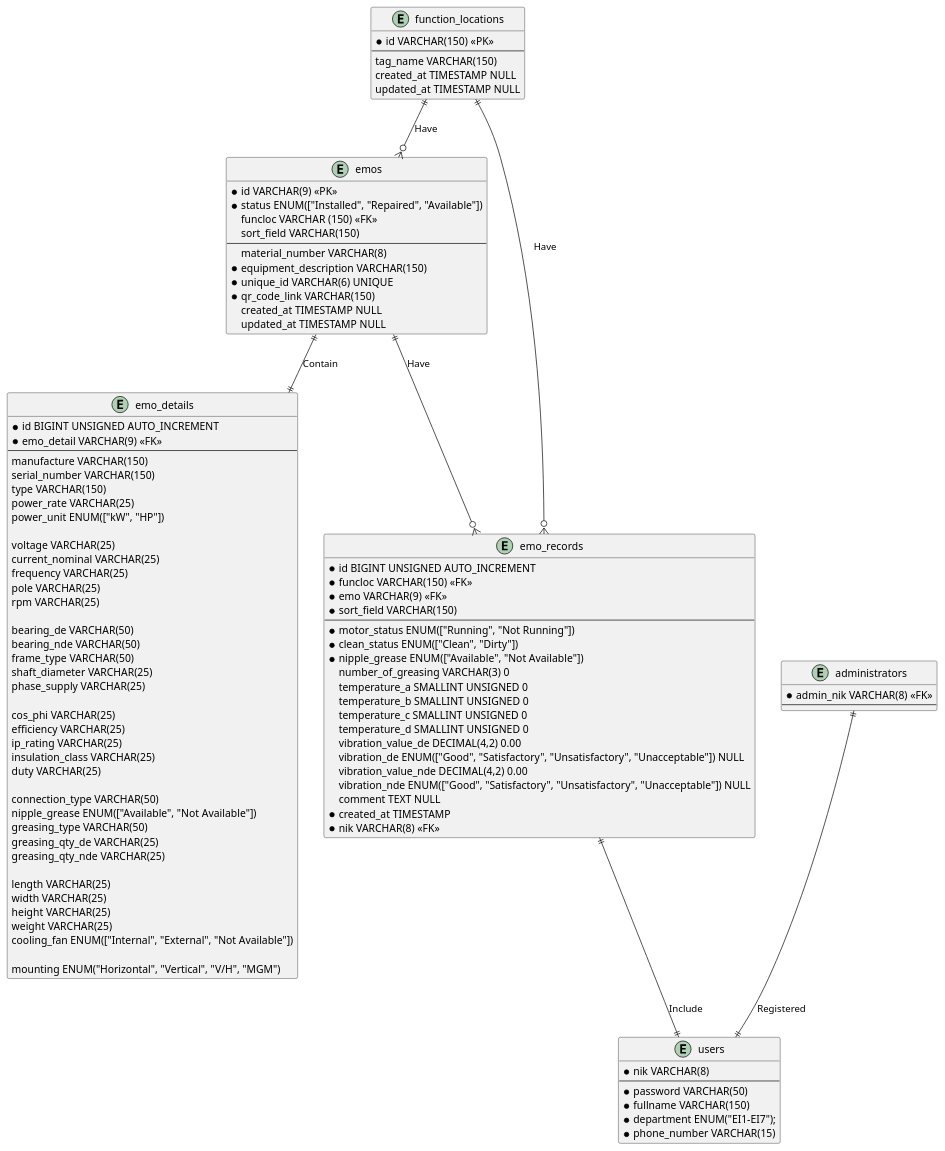
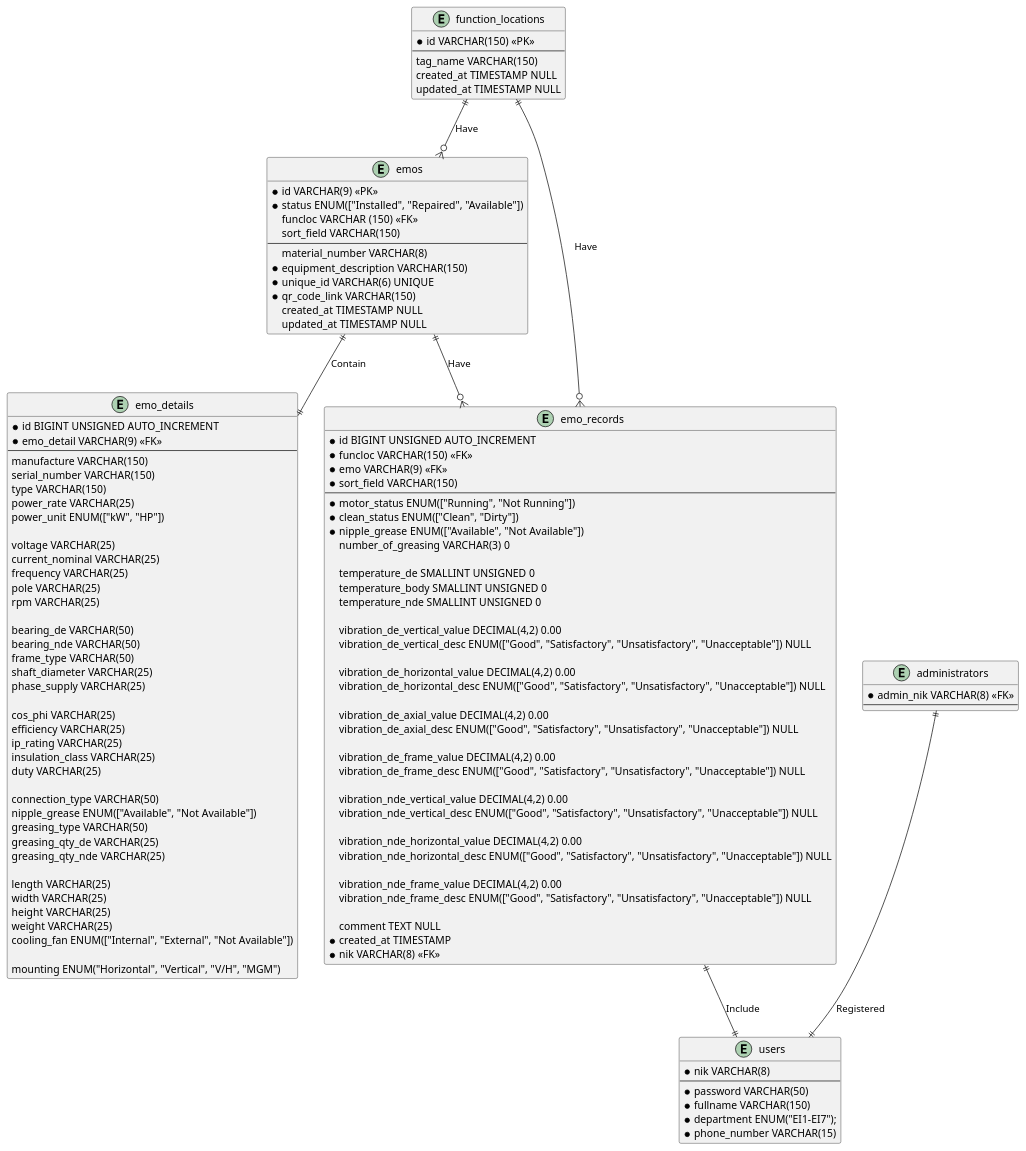
Before and after one commit to doniduaasattuu/fajar-e-maintenance: the diagram in database/fajar_e_maintenance.puml, drawn with PlantUML. The commit also changed 21 other files, not shown here.

```diff
--- a/database/fajar_e_maintenance.puml
+++ b/database/fajar_e_maintenance.puml
@@ -1,115 +1,133 @@
 @startuml fajar_e_maintenance
 
 entity function_locations
 {
     * id VARCHAR(150) <<PK>>
     --
       tag_name VARCHAR(150)
       created_at TIMESTAMP NULL
       updated_at TIMESTAMP NULL
 }
 
 entity emos
 {
     * id VARCHAR(9) <<PK>>
     * status ENUM(["Installed", "Repaired", "Available"])
       funcloc VARCHAR (150) <<FK>>
       sort_field VARCHAR(150)
     --
       material_number VARCHAR(8)
     * equipment_description VARCHAR(150)
     * unique_id VARCHAR(6) UNIQUE
     * qr_code_link VARCHAR(150) 
       created_at TIMESTAMP NULL
       updated_at TIMESTAMP NULL
 }
 
 entity emo_details {
     * id BIGINT UNSIGNED AUTO_INCREMENT
     * emo_detail VARCHAR(9) <<FK>>
     --
     manufacture VARCHAR(150)
     serial_number VARCHAR(150)
     type VARCHAR(150)
     power_rate VARCHAR(25)
     power_unit ENUM(["kW", "HP"])
 
     voltage VARCHAR(25)
     current_nominal VARCHAR(25)
     frequency VARCHAR(25)
     pole VARCHAR(25)
     rpm VARCHAR(25)
 
     bearing_de VARCHAR(50)
     bearing_nde VARCHAR(50)
     frame_type VARCHAR(50)
     shaft_diameter VARCHAR(25)
     phase_supply VARCHAR(25)
 
     cos_phi VARCHAR(25)
     efficiency VARCHAR(25)
     ip_rating VARCHAR(25)
     insulation_class VARCHAR(25)
     duty VARCHAR(25)
 
     connection_type VARCHAR(50)
     nipple_grease ENUM(["Available", "Not Available"])
     greasing_type VARCHAR(50)
     greasing_qty_de VARCHAR(25)
     greasing_qty_nde VARCHAR(25)
 
     length VARCHAR(25)
     width VARCHAR(25)
     height VARCHAR(25)
     weight VARCHAR(25)
     cooling_fan ENUM(["Internal", "External", "Not Available"])
 
     mounting ENUM("Horizontal", "Vertical", "V/H", "MGM")
 }
 
 entity emo_records {
     * id BIGINT UNSIGNED AUTO_INCREMENT
     * funcloc VARCHAR(150) <<FK>>
     * emo VARCHAR(9) <<FK>>
     * sort_field VARCHAR(150)
     --
     * motor_status ENUM(["Running", "Not Running"])
     * clean_status ENUM(["Clean", "Dirty"])
     * nipple_grease ENUM(["Available", "Not Available"])
       number_of_greasing VARCHAR(3) 0
-      temperature_a SMALLINT UNSIGNED 0
-      temperature_b SMALLINT UNSIGNED 0
-      temperature_c SMALLINT UNSIGNED 0
-      temperature_d SMALLINT UNSIGNED 0
-      vibration_value_de DECIMAL(4,2) 0.00
-      vibration_de ENUM(["Good", "Satisfactory", "Unsatisfactory", "Unacceptable"]) NULL
-      vibration_value_nde DECIMAL(4,2) 0.00
-      vibration_nde ENUM(["Good", "Satisfactory", "Unsatisfactory", "Unacceptable"]) NULL
+
+      temperature_de SMALLINT UNSIGNED 0
+      temperature_body SMALLINT UNSIGNED 0
+      temperature_nde SMALLINT UNSIGNED 0
+      
+      vibration_de_vertical_value DECIMAL(4,2) 0.00
+      vibration_de_vertical_desc ENUM(["Good", "Satisfactory", "Unsatisfactory", "Unacceptable"]) NULL
+     
+      vibration_de_horizontal_value DECIMAL(4,2) 0.00
+      vibration_de_horizontal_desc ENUM(["Good", "Satisfactory", "Unsatisfactory", "Unacceptable"]) NULL
+     
+      vibration_de_axial_value DECIMAL(4,2) 0.00
+      vibration_de_axial_desc ENUM(["Good", "Satisfactory", "Unsatisfactory", "Unacceptable"]) NULL
+     
+      vibration_de_frame_value DECIMAL(4,2) 0.00
+      vibration_de_frame_desc ENUM(["Good", "Satisfactory", "Unsatisfactory", "Unacceptable"]) NULL
+
+      vibration_nde_vertical_value DECIMAL(4,2) 0.00
+      vibration_nde_vertical_desc ENUM(["Good", "Satisfactory", "Unsatisfactory", "Unacceptable"]) NULL
+     
+      vibration_nde_horizontal_value DECIMAL(4,2) 0.00
+      vibration_nde_horizontal_desc ENUM(["Good", "Satisfactory", "Unsatisfactory", "Unacceptable"]) NULL
+          
+      vibration_nde_frame_value DECIMAL(4,2) 0.00
+      vibration_nde_frame_desc ENUM(["Good", "Satisfactory", "Unsatisfactory", "Unacceptable"]) NULL
+
       comment TEXT NULL
     * created_at TIMESTAMP
     * nik VARCHAR(8) <<FK>>
 }
 
 entity users {
     * nik VARCHAR(8)
     --
     * password VARCHAR(50)
     * fullname VARCHAR(150)
     * department ENUM("EI1-EI7");
     * phone_number VARCHAR(15)
 }
 
 entity administrators {
     * admin_nik VARCHAR(8) <<FK>>
     --
 }
  
 function_locations ||--o{ emos : Have
 function_locations ||--o{ emo_records : Have
 emos ||--o{ emo_records : Have
 emos ||--|| emo_details : Contain
 emo_records ||--|| users : Include
 administrators ||--|| users : Registered
 
 
 @enduml
```
